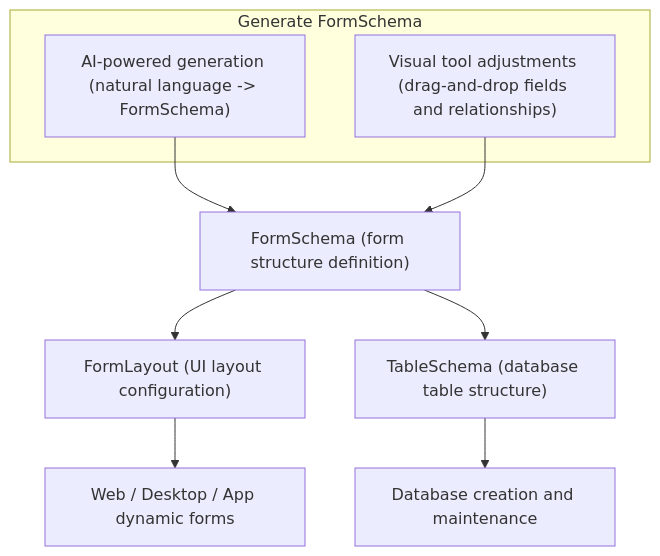
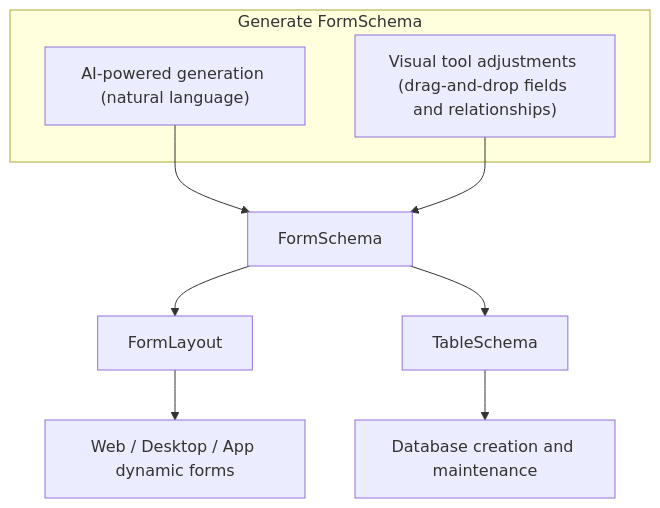
One commit to jeff377/bee-library changed the first of 2 diagrams in docs/architecture-overview.md. Above: the diagram before and after it, drawn with Mermaid. The commit also changed 3 other files, not shown here.

First line of the commit message:
docs: add architecture link in README and simplify mermaid diagram

````diff
--- a/docs/architecture-overview.md
+++ b/docs/architecture-overview.md
@@ -94,16 +94,16 @@
 ```mermaid
 graph TD
     subgraph Generate FormSchema
-        A1["AI-powered generation (natural language -> FormSchema)"]
+        A1["AI-powered generation (natural language)"]
         A2["Visual tool adjustments (drag-and-drop fields and relationships)"]
     end
 
-    A1 --> FD["FormSchema (form structure definition)"]
+    A1 --> FD["FormSchema"]
     A2 --> FD
 
-    FD --> FL["FormLayout (UI layout configuration)"]
-    FD --> DT["TableSchema (database table structure)"]
+    FD --> FL["FormLayout"]
+    FD --> DT["TableSchema"]
 
     FL --> UI["Web / Desktop / App dynamic forms"]
     DT --> DB["Database creation and maintenance"]
 ```
````
